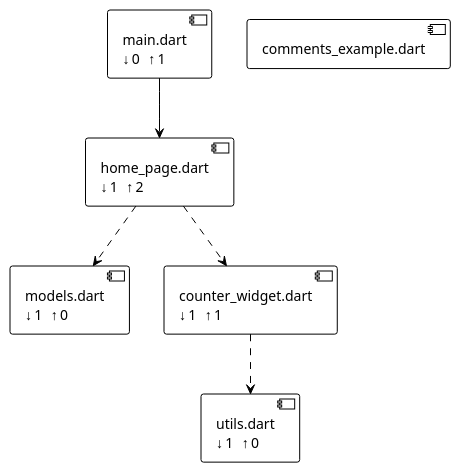
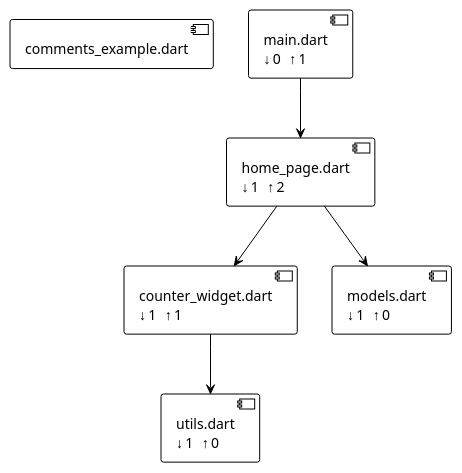
The diagram in example/layers.puml (vteam-com/fCheck), drawn with PlantUML before and after one commit. The commit also changed 10 other files, not shown here.

```diff
--- a/example/layers.puml
+++ b/example/layers.puml
@@ -1,16 +1,16 @@
 @startuml Architecture
 !theme plain
 
+component [comments_example.dart] as compcommentsexample
 component [main.dart\n↓0 ↑1] as compmain
 component [utils.dart\n↓1 ↑0] as computils
+component [counter_widget.dart\n↓1 ↑1] as compcounterwidget
 component [models.dart\n↓1 ↑0] as compmodels
-component [comments_example.dart] as compcommentsexample
-component [counter_widget.dart\n↓1 ↑1] as compcounterwidget
 component [home_page.dart\n↓1 ↑2] as comphomepage
 
 "compmain" --> "comphomepage"
-"compcounterwidget" ..> "computils"
-"comphomepage" ..> "compcounterwidget"
-"comphomepage" ..> "compmodels"
+"compcounterwidget" --> "computils"
+"comphomepage" --> "compcounterwidget"
+"comphomepage" --> "compmodels"
 
 @enduml
```
